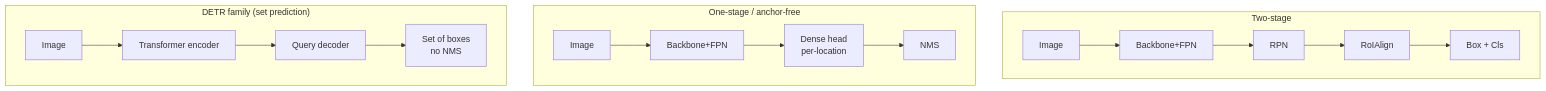
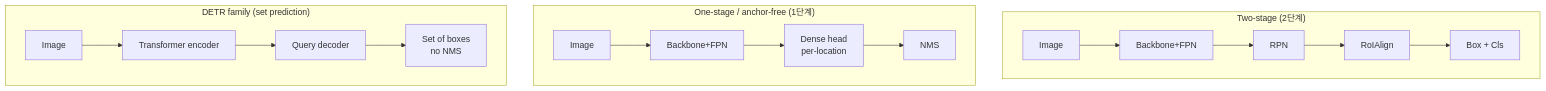
Before and after one commit to beomyoung-kim/ml_study: the diagram in content/cv/detection.ko.md, drawn with Mermaid. The commit also changed other lines of this file and 209 other files, not shown here.

````diff
--- a/content/cv/detection.ko.md
+++ b/content/cv/detection.ko.md
@@ -18,12 +59,12 @@
 ```mermaid
 flowchart TB
-  subgraph two ["Two-stage"]
+  subgraph two ["Two-stage (2단계)"]
     A[Image]-->B[Backbone+FPN]-->RPN-->RoI[RoIAlign]-->H1[Box + Cls]
   end
-  subgraph one ["One-stage / anchor-free"]
+  subgraph one ["One-stage / anchor-free (1단계)"]
     C[Image]-->D[Backbone+FPN]-->DH[Dense head\nper-location]-->NMS
   end
   subgraph detr ["DETR family (set prediction)"]
     E[Image]-->Enc[Transformer encoder]-->Dec[Query decoder]-->Set[Set of boxes\nno NMS]
   end
 ```
````
